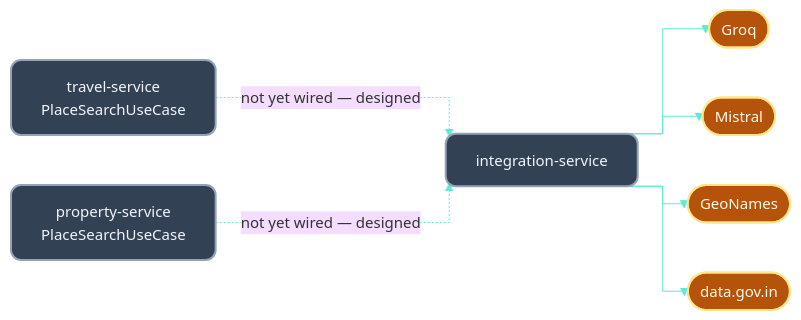
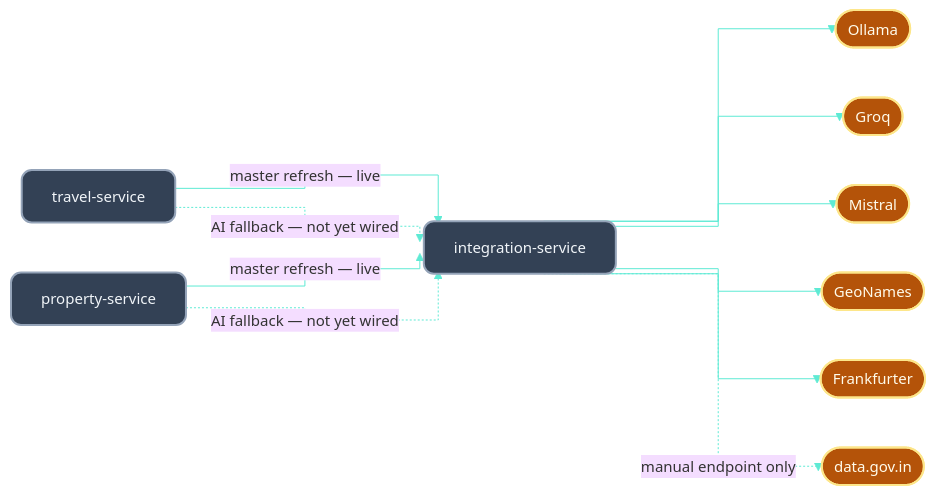
Before and after one commit to oomeanujoo/The-Lifestyle-Project: diagram 13 of 15 in TECHNICAL_ARCHITECTURE.md, drawn with Mermaid. The commit also changed other lines of this file and 96 other files, not shown here.

Commit message:
Add external provider integration and master refresh baseline

````diff
--- a/TECHNICAL_ARCHITECTURE.md
+++ b/TECHNICAL_ARCHITECTURE.md
@@ -784,23 +842,29 @@
 ```mermaid
 %%{init: {'theme': 'base', 'themeVariables': {'background':'transparent','fontFamily':'Trebuchet MS, Verdana, sans-serif','fontSize':'15px','lineColor':'#5eead4'}, 'flowchart': {'curve': 'stepAfter'}}}%%
 flowchart LR
-    T["travel-service<br/>PlaceSearchUseCase"]
-    P["property-service<br/>PlaceSearchUseCase"]
+    T["travel-service"]
+    P["property-service"]
     I["integration-service"]
+    O(["Ollama"])
     G(["Groq"])
     M(["Mistral"])
     GN(["GeoNames"])
+    F(["Frankfurter"])
     D(["data.gov.in"])
 
-    T -.->|"not yet wired — designed"| I
-    P -.->|"not yet wired — designed"| I
+    T -->|"master refresh — live"| I
+    P -->|"master refresh — live"| I
+    T -.->|"AI fallback — not yet wired"| I
+    P -.->|"AI fallback — not yet wired"| I
+    I --> O
     I --> G
     I --> M
     I --> GN
-    I --> D
+    I --> F
+    I -.->|"manual endpoint only"| D
 
     classDef svc fill:#334155,stroke:#94a3b8,color:#f1f5f9,stroke-width:2px,rx:10,ry:10;
     classDef ext fill:#b45309,stroke:#fde68a,color:#fffbeb,stroke-width:2px,rx:10,ry:10;
     class T,P,I svc;
-    class G,M,GN,D ext;
+    class O,G,M,GN,F,D ext;
 ```
````
